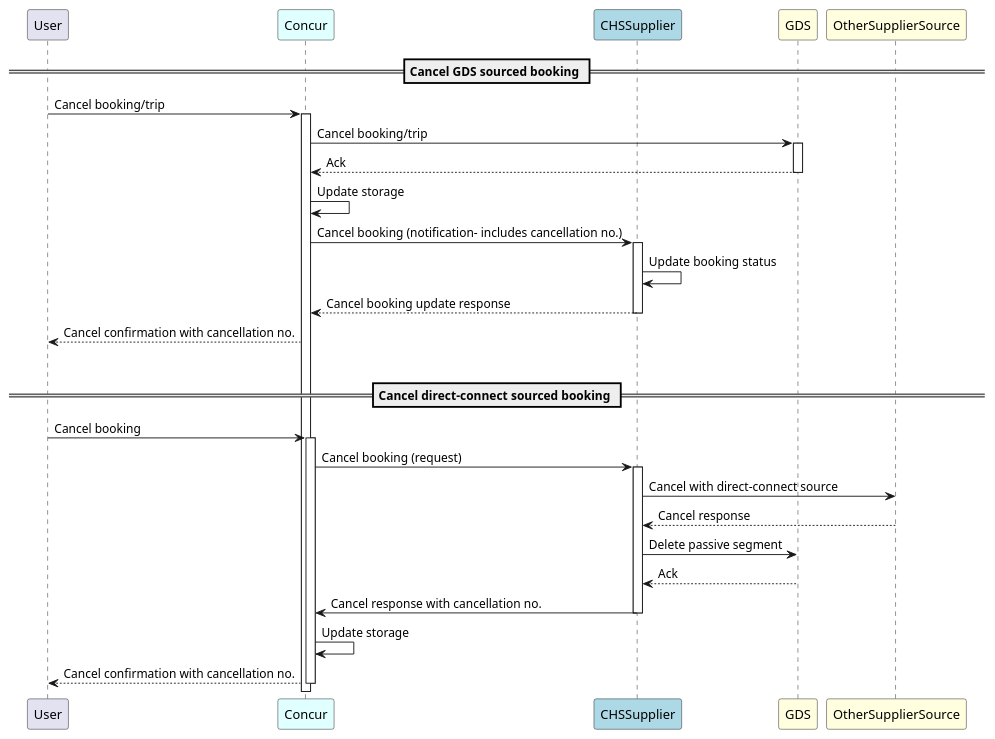
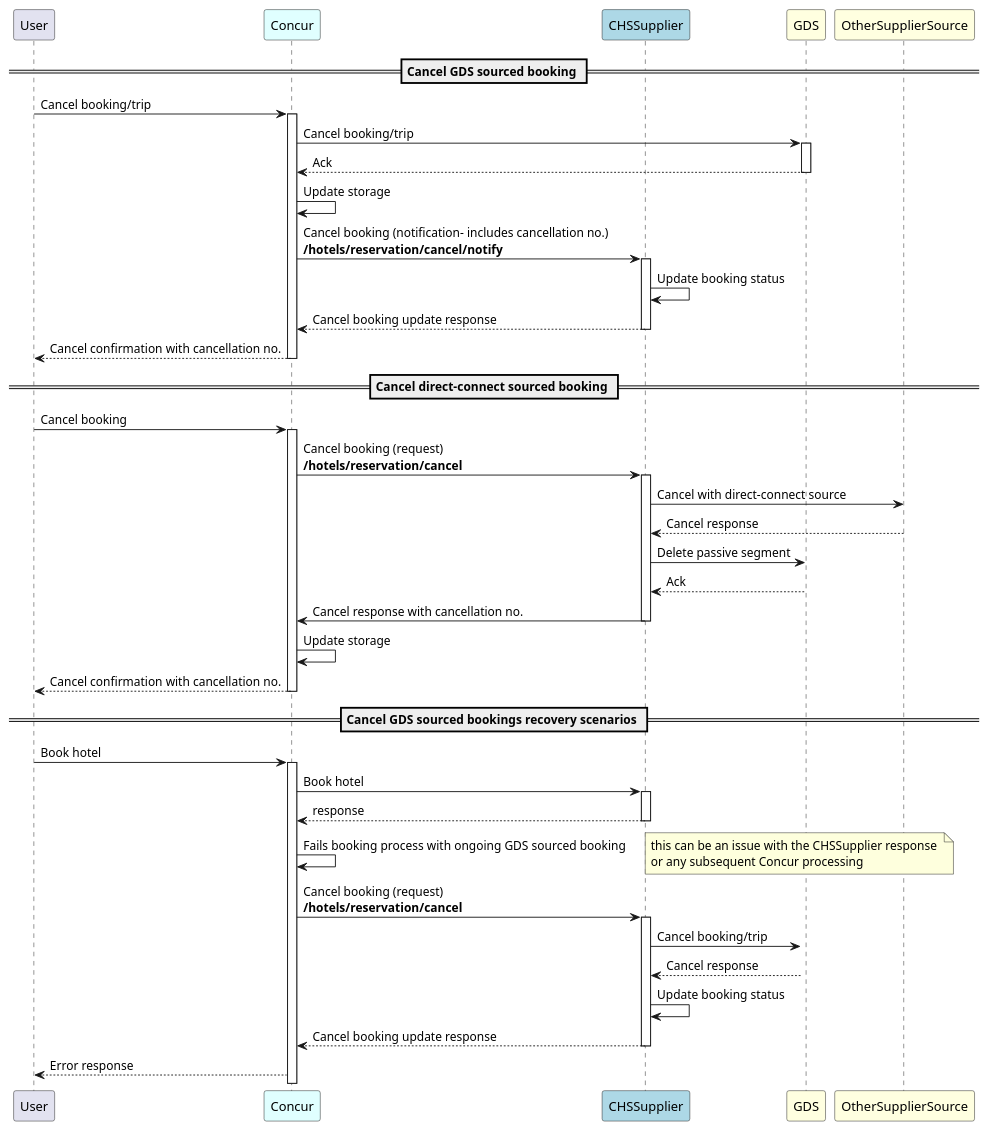
Before and after one commit to SAP-docs/preview.developer.concur.com: the diagram in api-reference/direct-connects/hotel-service-4/images/diagrams/singlepnr/hotel-cancel.puml, drawn with PlantUML. The commit also changed 10 other files, not shown here.

```diff
--- a/api-reference/direct-connects/hotel-service-4/images/diagrams/singlepnr/hotel-cancel.puml
+++ b/api-reference/direct-connects/hotel-service-4/images/diagrams/singlepnr/hotel-cancel.puml
@@ -1,33 +1,47 @@
 @startuml hotel-cancel
 
 participant "User" as user
 
 participant Concur as concur #Lightcyan
 participant "CHSSupplier" as supply #LightBlue
 participant "GDS" as gds #LightYellow
 participant "OtherSupplierSource" as other #LightYellow
 
 
 == Cancel GDS sourced booking ==
 user -> concur++: Cancel booking/trip
 concur -> gds++: Cancel booking/trip
 gds --> concur--: Ack
 concur -> concur: Update storage
-concur -> supply++: Cancel booking (notification- includes cancellation no.)
+concur -> supply++: Cancel booking (notification- includes cancellation no.)\n<b>/hotels/reservation/cancel/notify</b>
 supply -> supply: Update booking status
 supply --> concur--: Cancel booking update response
 concur --> user: Cancel confirmation with cancellation no.
-break
+concur--
+
 
 == Cancel direct-connect sourced booking ==
 user -> concur++: Cancel booking
-concur -> supply++: Cancel booking (request)
+concur -> supply++: Cancel booking (request)\n<b>/hotels/reservation/cancel</b>
 supply -> other: Cancel with direct-connect source
 other --> supply--: Cancel response
 supply -> gds: Delete passive segment
 gds --> supply--: Ack
 supply -> concur--: Cancel response with cancellation no.
 concur -> concur: Update storage
 concur --> user--: Cancel confirmation with cancellation no.
 
+== Cancel GDS sourced bookings recovery scenarios ==
+user -> concur++: Book hotel
+concur -> supply++: Book hotel
+supply --> concur--: response
+concur -> concur: Fails booking process with ongoing GDS sourced booking
+note right: this can be an issue with the CHSSupplier response \nor any subsequent Concur processing
+concur -> supply++: Cancel booking (request)\n<b>/hotels/reservation/cancel</b>
+supply -> gds++: Cancel booking/trip
+gds --> supply: Cancel response
+supply -> supply: Update booking status
+supply --> concur--: Cancel booking update response
+concur --> user: Error response
+
 @enduml
```
